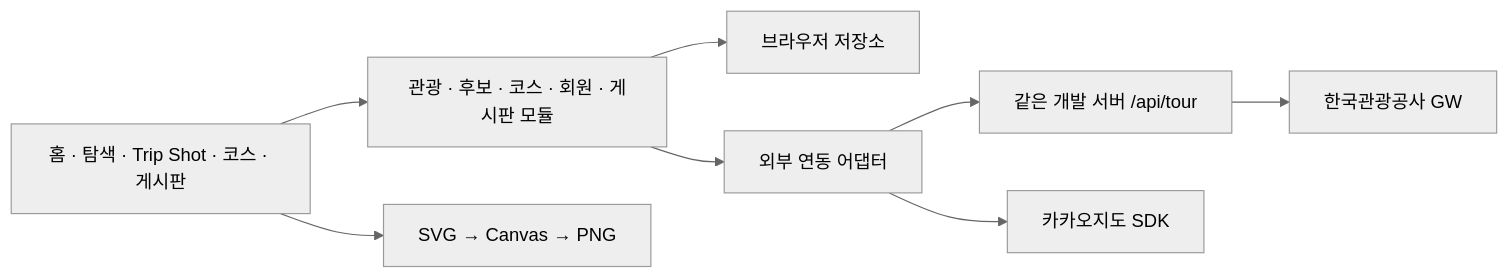
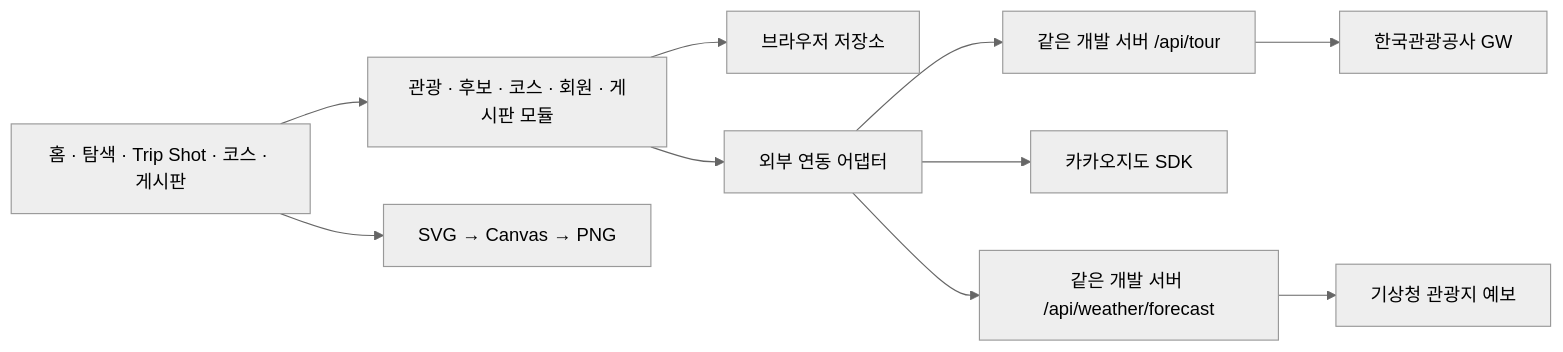
Before and after one commit to oneul0/TripFlow: the diagram in README.md, drawn with Mermaid (neutral theme). The commit also changed other lines of this file and 24 other files, not shown here.

Commit message:
feat: add course weather and forecast tickets

````diff
--- a/README.md
+++ b/README.md
@@ -217,10 +243,12 @@
 ```mermaid
 flowchart LR
     UI[홈 · 탐색 · Trip Shot · 코스 · 게시판] --> Core[관광 · 후보 · 코스 · 회원 · 게시판 모듈]
     Core --> Store[브라우저 저장소]
     Core --> Adapter[외부 연동 어댑터]
     Adapter --> Proxy[같은 개발 서버 /api/tour]
     Proxy --> Tour[한국관광공사 GW]
     Adapter --> Kakao[카카오지도 SDK]
+    Adapter --> WeatherProxy[같은 개발 서버 /api/weather/forecast]
+    WeatherProxy --> KMA[기상청 관광지 예보]
     UI --> Ticket[SVG → Canvas → PNG]
 ```
````
